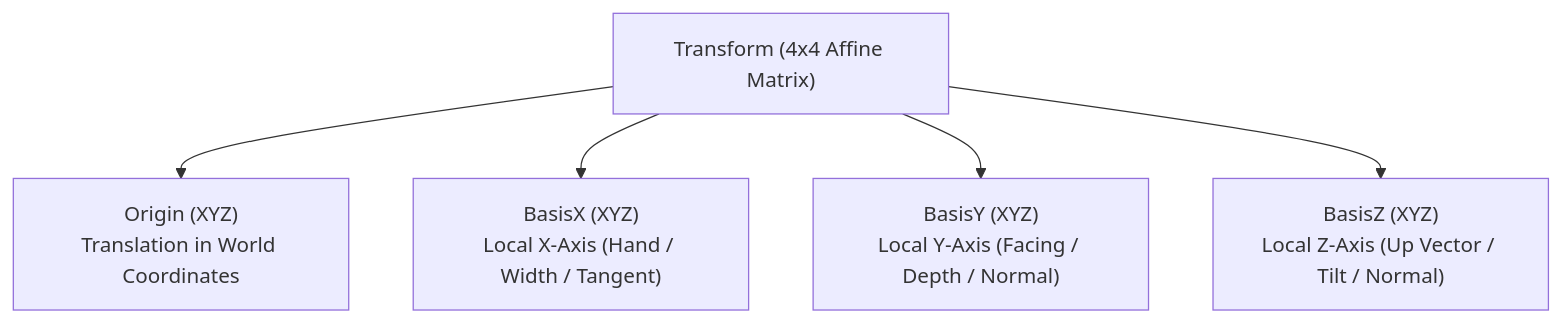
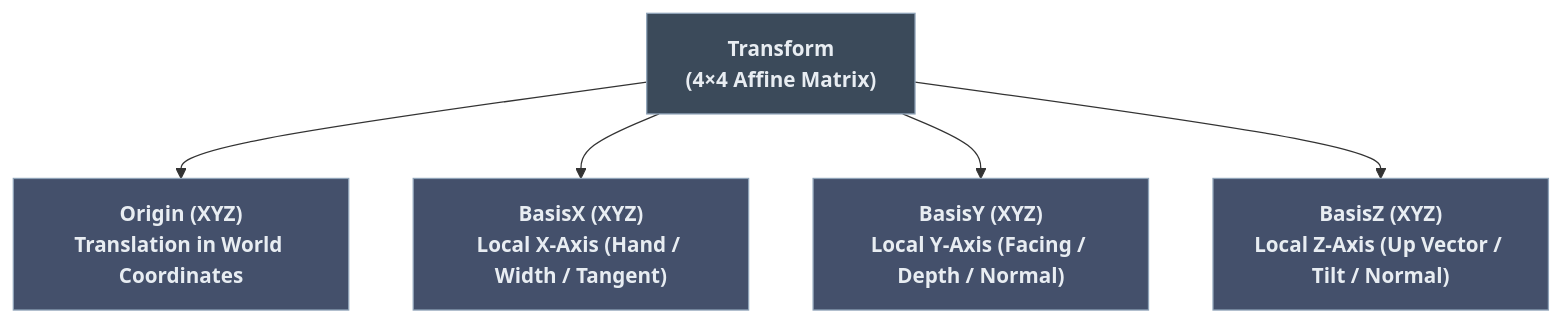
The first of 7 diagrams in RevitApiSamples/Samples/Transform/Transform.md (Mustafa-TOMMY/CommandSamplesRevitApiVer2025), drawn with Mermaid before and after one commit. The commit also changed other lines of this file, not shown here.

Commit message:
Update Transform.md with formatting and content fixes

````diff
--- a/RevitApiSamples/Samples/Transform/Transform.md
+++ b/RevitApiSamples/Samples/Transform/Transform.md
@@ -7,8 +7,13 @@
 ```mermaid
 graph TD
-    T["Transform (4x4 Affine Matrix)"]
+    T["Transform<br/>(4×4 Affine Matrix)"]
     T --> O["Origin (XYZ)<br/>Translation in World Coordinates"]
     T --> BX["BasisX (XYZ)<br/>Local X-Axis (Hand / Width / Tangent)"]
     T --> BY["BasisY (XYZ)<br/>Local Y-Axis (Facing / Depth / Normal)"]
     T --> BZ["BasisZ (XYZ)<br/>Local Z-Axis (Up Vector / Tilt / Normal)"]
+
+    classDef root fill:#3b4a5a,stroke:#8fa3b8,color:#e8edf2,font-weight:bold;
+    classDef axis fill:#44506b,stroke:#8fa3b8,color:#e8edf2;
+    class T root
+    class O,BX,BY,BZ axis
 ```
````
